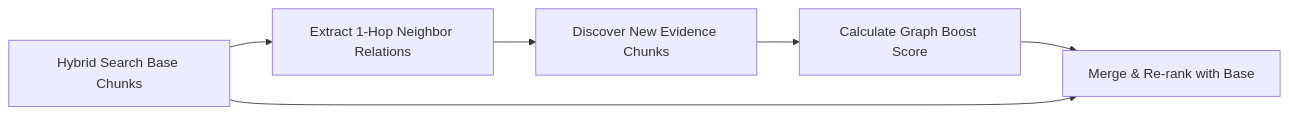
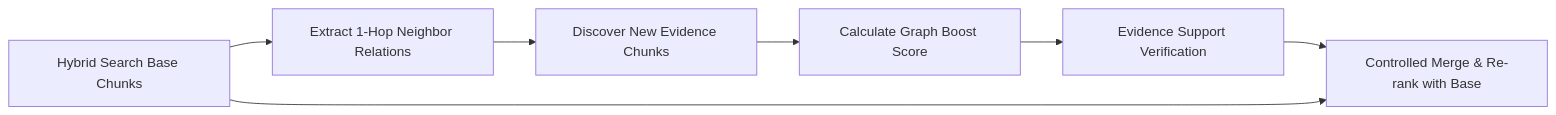
The fifth of 6 diagrams in README.en.md (Sggggt/DialoGraph), drawn with Mermaid before and after one commit. The commit also changed other lines of this file and 8 other files, not shown here.

Commit message:
feat: 检索架构已升级为Dense + BM25 + WSF + bge-reranker，GraphRAG待升级

````diff
--- a/README.en.md
+++ b/README.en.md
@@ -453,8 +484,9 @@
 ```mermaid
 graph LR
     BASE[Hybrid Search Base Chunks] --> REL[Extract 1-Hop Neighbor Relations]
     REL --> NEW[Discover New Evidence Chunks]
     NEW --> BOOST[Calculate Graph Boost Score]
-    BOOST --> MERGE[Merge & Re-rank with Base]
+    BOOST --> VERIFY[Evidence Support Verification]
+    VERIFY --> MERGE[Controlled Merge & Re-rank with Base]
     BASE --> MERGE
 ```
````
